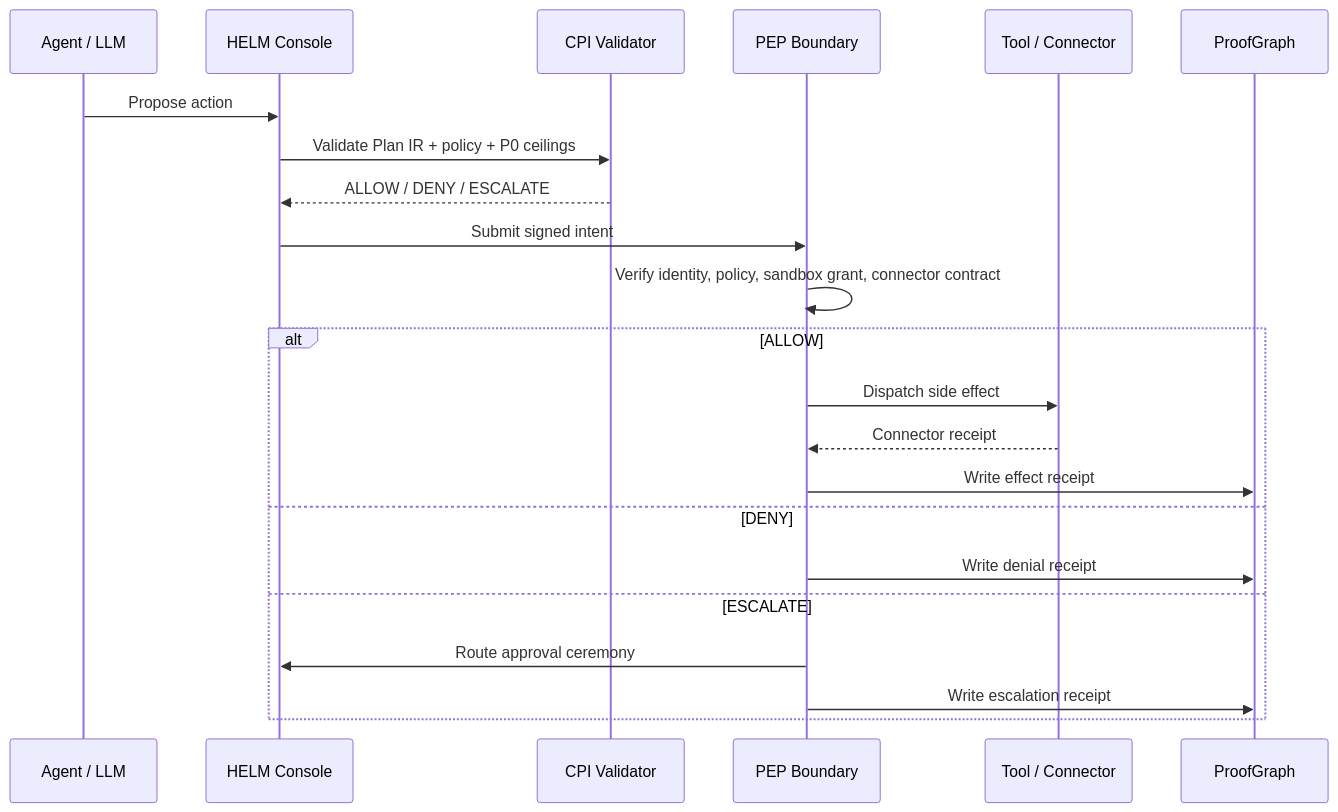
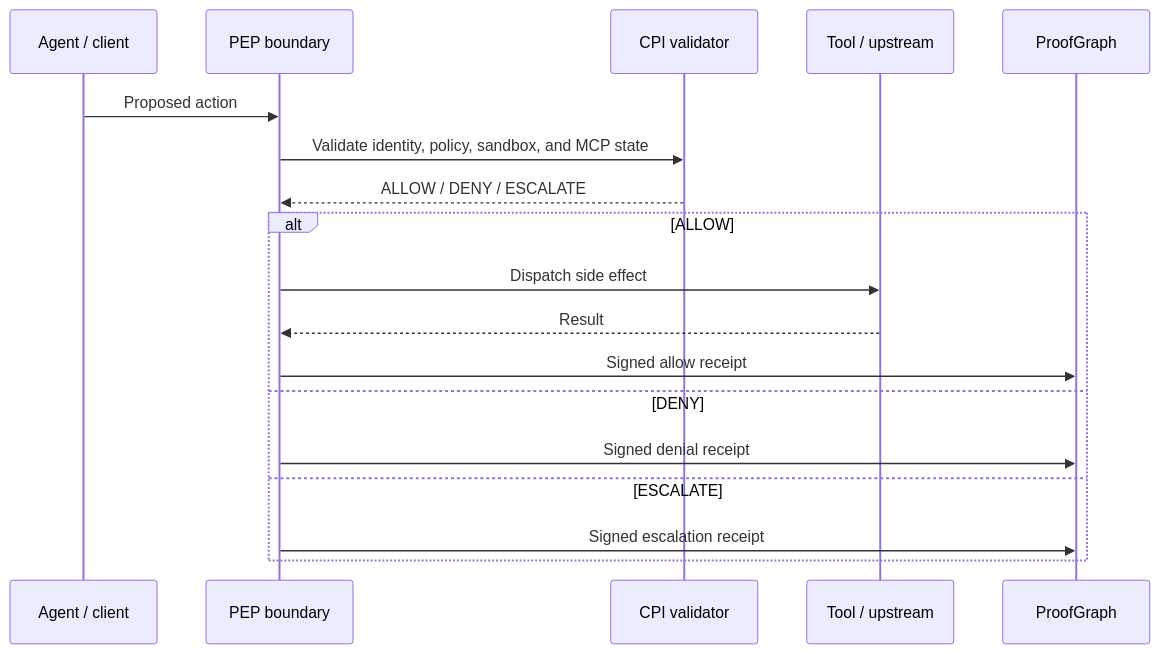
Before and after one commit to Mindburn-Labs/helm-ai-kernel: the diagram in docs/architecture/canonical-diagrams.md, drawn with Mermaid. The commit also changed other lines of this file and 238 other files, not shown here.

````diff
--- a/docs/architecture/canonical-diagrams.md
+++ b/docs/architecture/canonical-diagrams.md
@@ -56,25 +42,21 @@
 ```mermaid
 sequenceDiagram
-    participant Agent as Agent / LLM
-    participant Console as HELM Console
-    participant CPI as CPI Validator
-    participant PEP as PEP Boundary
-    participant Tool as Tool / Connector
+    participant Agent as Agent / client
+    participant PEP as PEP boundary
+    participant CPI as CPI validator
+    participant Tool as Tool / upstream
     participant PG as ProofGraph
 
-    Agent->>Console: Propose action
-    Console->>CPI: Validate Plan IR + policy + P0 ceilings
-    CPI-->>Console: ALLOW / DENY / ESCALATE
-    Console->>PEP: Submit signed intent
-    PEP->>PEP: Verify identity, policy, sandbox grant, connector contract
+    Agent->>PEP: Proposed action
+    PEP->>CPI: Validate identity, policy, sandbox, and MCP state
+    CPI-->>PEP: ALLOW / DENY / ESCALATE
     alt ALLOW
         PEP->>Tool: Dispatch side effect
-        Tool-->>PEP: Connector receipt
-        PEP->>PG: Write effect receipt
+        Tool-->>PEP: Result
+        PEP->>PG: Signed allow receipt
     else DENY
-        PEP->>PG: Write denial receipt
+        PEP->>PG: Signed denial receipt
     else ESCALATE
-        PEP->>Console: Route approval ceremony
-        PEP->>PG: Write escalation receipt
+        PEP->>PG: Signed escalation receipt
     end
 ```
````
